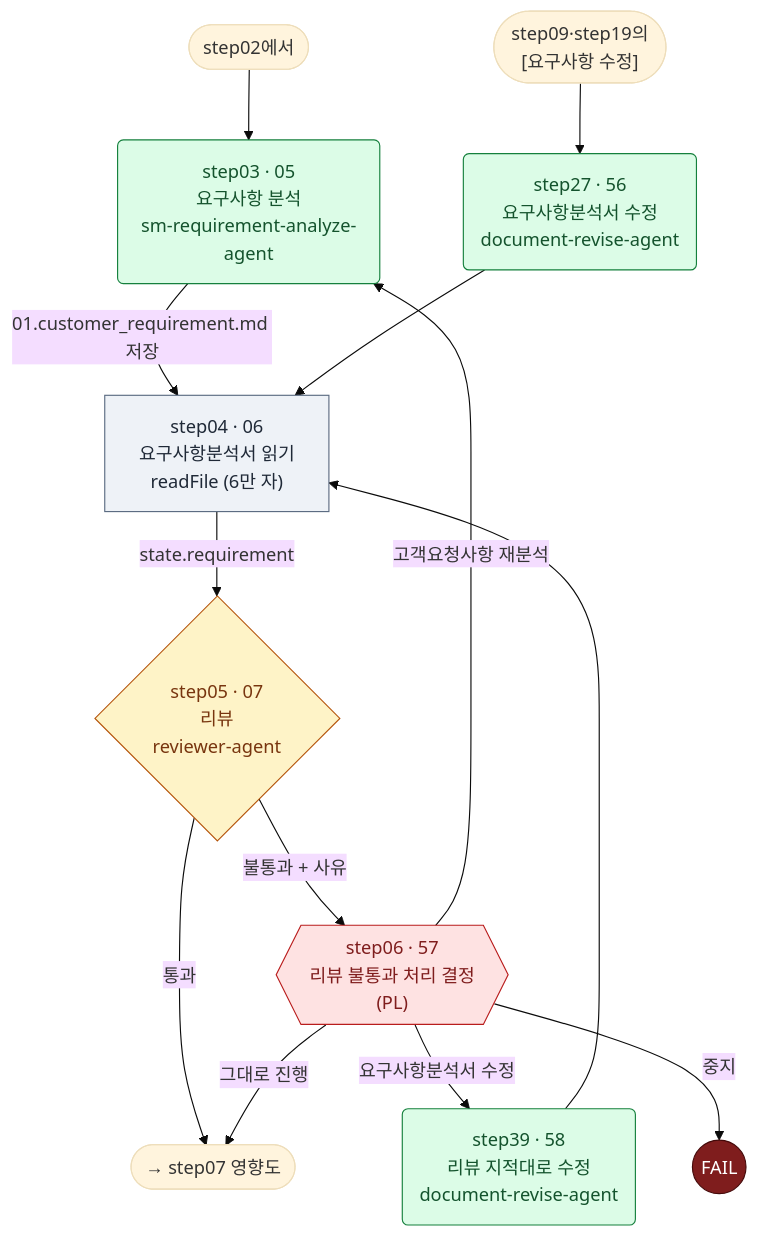
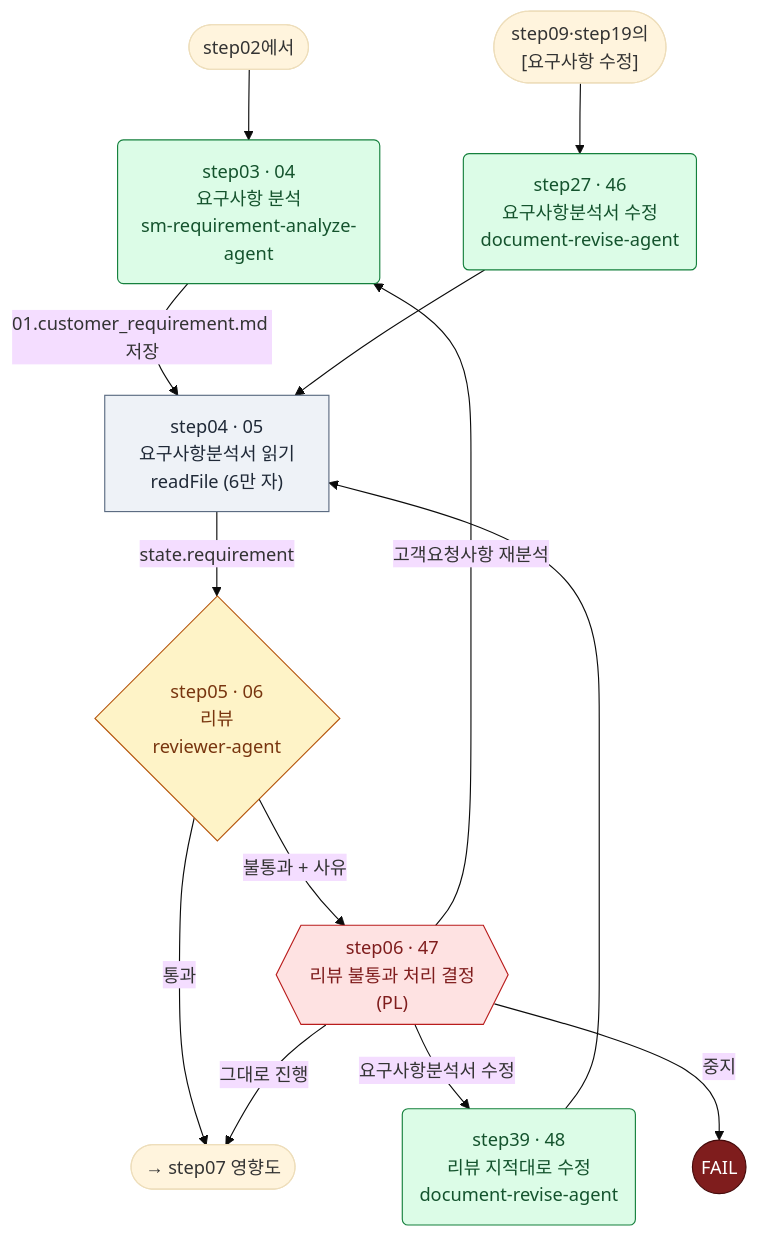
Before and after one commit to YongSoekChoeng/dstone: the sixth of 24 diagrams in docs/09.dstone-ai-engine-sm-workflow.md, drawn with Mermaid (base theme). The commit also changed other lines of this file and 26 other files, not shown here.

````diff
--- a/docs/09.dstone-ai-engine-sm-workflow.md
+++ b/docs/09.dstone-ai-engine-sm-workflow.md
@@ -474,20 +455,20 @@
 ```mermaid
 flowchart TD
-    IN(["step02에서"]) --> step03("step03 · 05<br/>요구사항 분석<br/>sm-requirement-analyze-agent"):::agent
-    step03 -->|"01.customer_requirement.md 저장"| step04["step04 · 06<br/>요구사항분석서 읽기<br/>readFile (6만 자)"]:::tool
-    step04 -->|state.requirement| step05{"step05 · 07<br/>리뷰<br/>reviewer-agent"}:::sup
+    IN(["step02에서"]) --> step03("step03 · 04<br/>요구사항 분석<br/>sm-requirement-analyze-agent"):::agent
+    step03 -->|"01.customer_requirement.md 저장"| step04["step04 · 05<br/>요구사항분석서 읽기<br/>readFile (6만 자)"]:::tool
+    step04 -->|state.requirement| step05{"step05 · 06<br/>리뷰<br/>reviewer-agent"}:::sup
     step05 -->|"통과"| OUT(["→ step07 영향도"])
-    step05 -->|"불통과 + 사유"| step06{{"step06 · 57<br/>리뷰 불통과 처리 결정<br/>(PL)"}}:::appr
+    step05 -->|"불통과 + 사유"| step06{{"step06 · 47<br/>리뷰 불통과 처리 결정<br/>(PL)"}}:::appr
     step06 -->|그대로 진행| OUT
     step06 -->|고객요청사항 재분석| step03
-    step06 -->|요구사항분석서 수정| step39("step39 · 58<br/>리뷰 지적대로 수정<br/>document-revise-agent"):::agent
+    step06 -->|요구사항분석서 수정| step39("step39 · 48<br/>리뷰 지적대로 수정<br/>document-revise-agent"):::agent
     step06 -->|중지| FAIL((FAIL)):::bad
     step39 --> step04
-    OTHER(["step09·step19의<br/>[요구사항 수정]"]) --> step27("step27 · 56<br/>요구사항분석서 수정<br/>document-revise-agent"):::agent --> step04
+    OTHER(["step09·step19의<br/>[요구사항 수정]"]) --> step27("step27 · 46<br/>요구사항분석서 수정<br/>document-revise-agent"):::agent --> step04
 
     classDef tool fill:#eef2f7,stroke:#5b6b82,color:#1f2937
     classDef agent fill:#dcfce7,stroke:#15803d,color:#14532d
     classDef sup fill:#fef3c7,stroke:#b45309,color:#78350f
     classDef appr fill:#fee2e2,stroke:#b91c1c,color:#7f1d1d
     classDef bad fill:#7f1d1d,stroke:#450a0a,color:#ffffff
 ```
````
